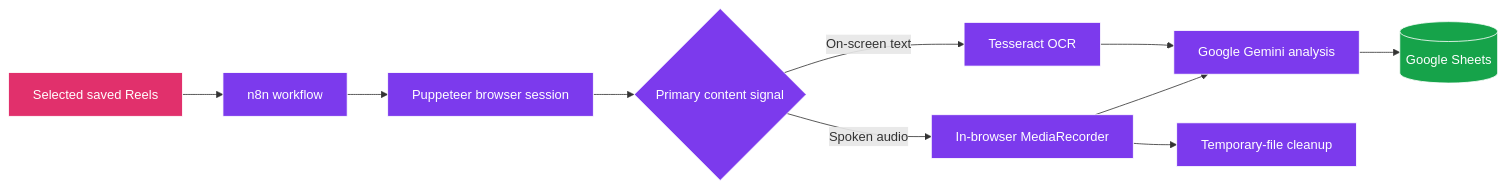
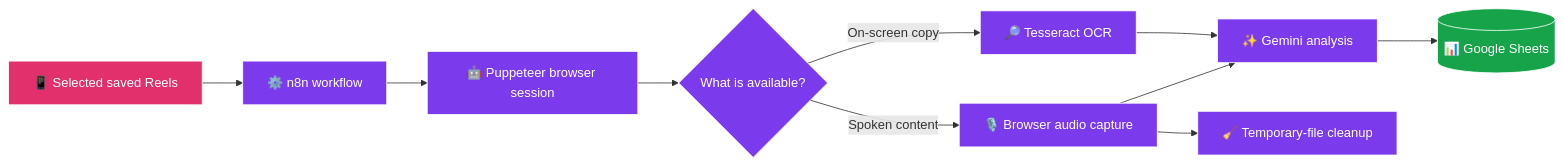
Before and after one commit to SamTech587/Instagram-reels-ai-pipeline: the diagram in README.md, drawn with Mermaid. The commit also changed other lines of this file, not shown here.

````diff
--- a/README.md
+++ b/README.md
@@ -63,19 +64,19 @@
 ```mermaid
 flowchart LR
-    A[Selected saved Reels] --> B[n8n workflow]
-    B --> C[Puppeteer browser session]
-    C --> D{Primary content signal}
-    D -->|On-screen text| E[Tesseract OCR]
-    D -->|Spoken audio| F[In-browser MediaRecorder]
-    E --> G[Google Gemini analysis]
+    A[📱 Selected saved Reels] --> B[⚙️ n8n workflow]
+    B --> C[🤖 Puppeteer browser session]
+    C --> D{What is available?}
+    D -->|On-screen copy| E[🔎 Tesseract OCR]
+    D -->|Spoken content| F[🎙️ Browser audio capture]
+    E --> G[✨ Gemini analysis]
     F --> G
-    G --> H[(Google Sheets)]
-    F --> I[Temporary-file cleanup]
+    G --> H[(📊 Google Sheets)]
+    F --> I[🧹 Temporary-file cleanup]
 
     classDef source fill:#E1306C,stroke:#ffffff,color:#ffffff
     classDef process fill:#7C3AED,stroke:#ffffff,color:#ffffff
     classDef output fill:#16A34A,stroke:#ffffff,color:#ffffff
     class A source
     class B,C,D,E,F,G,I process
     class H output
 ```
````
